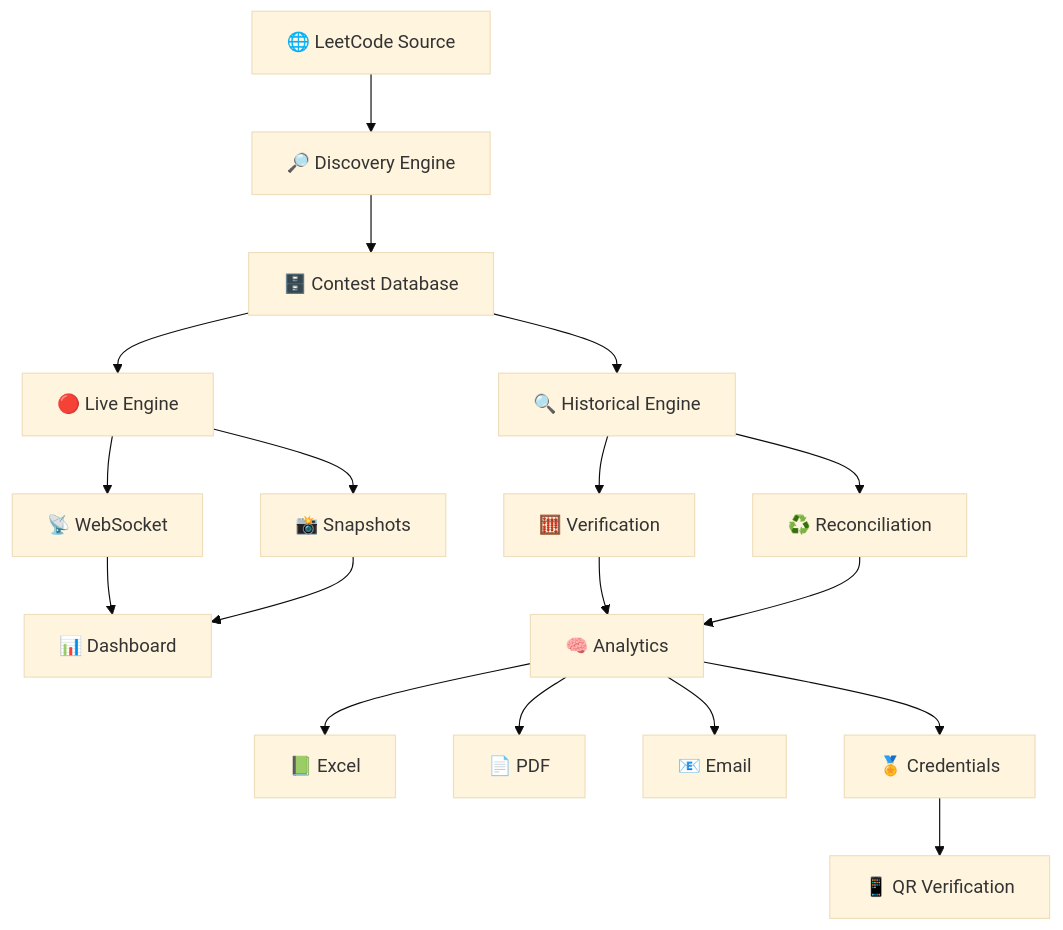
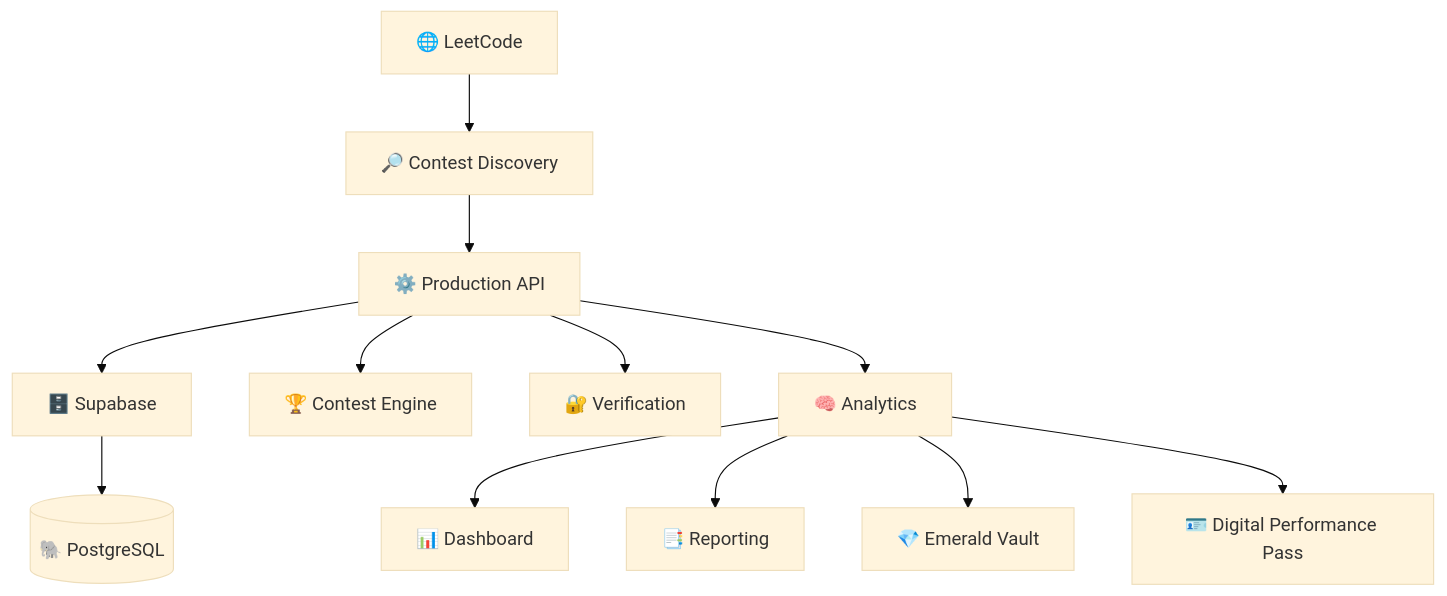
One commit to nanthishvaran17/Leetcodeurl-s changed the diagram in README.md. Above: the diagram before and after it, drawn with Mermaid (base theme). The commit also changed other lines of this file, not shown here.

````diff
--- a/README.md
+++ b/README.md
@@ -426,26 +341,19 @@
 ```mermaid
 flowchart TB
-    A["🌐 LeetCode Source"] --> B["🔎 Discovery Engine"]
-    B --> C["🗄️ Contest Database"]
 
-    C --> D["🔴 Live Engine"]
-    C --> E["🔍 Historical Engine"]
+    A["🌐 LeetCode"] --> B["🔎 Contest Discovery"]
 
-    D --> F["📡 WebSocket"]
-    D --> G["📸 Snapshots"]
+    B --> C["⚙️ Production API"]
 
-    E --> H["🧮 Verification"]
-    E --> I["♻️ Reconciliation"]
+    C --> D["🗄️ Supabase"]
+    D --> E[("🐘 PostgreSQL")]
 
-    F --> J["📊 Dashboard"]
-    G --> J
-    H --> K["🧠 Analytics"]
-    I --> K
+    C --> F["🏆 Contest Engine"]
+    C --> G["🔐 Verification"]
+    C --> H["🧠 Analytics"]
 
-    K --> L["📗 Excel"]
-    K --> M["📄 PDF"]
-    K --> N["📧 Email"]
-
-    K --> O["🏅 Credentials"]
-    O --> P["📱 QR Verification"]
+    H --> I["📊 Dashboard"]
+    H --> J["📑 Reporting"]
+    H --> K["💎 Emerald Vault"]
+    H --> L["🪪 Digital Performance Pass"]
 ```
````
